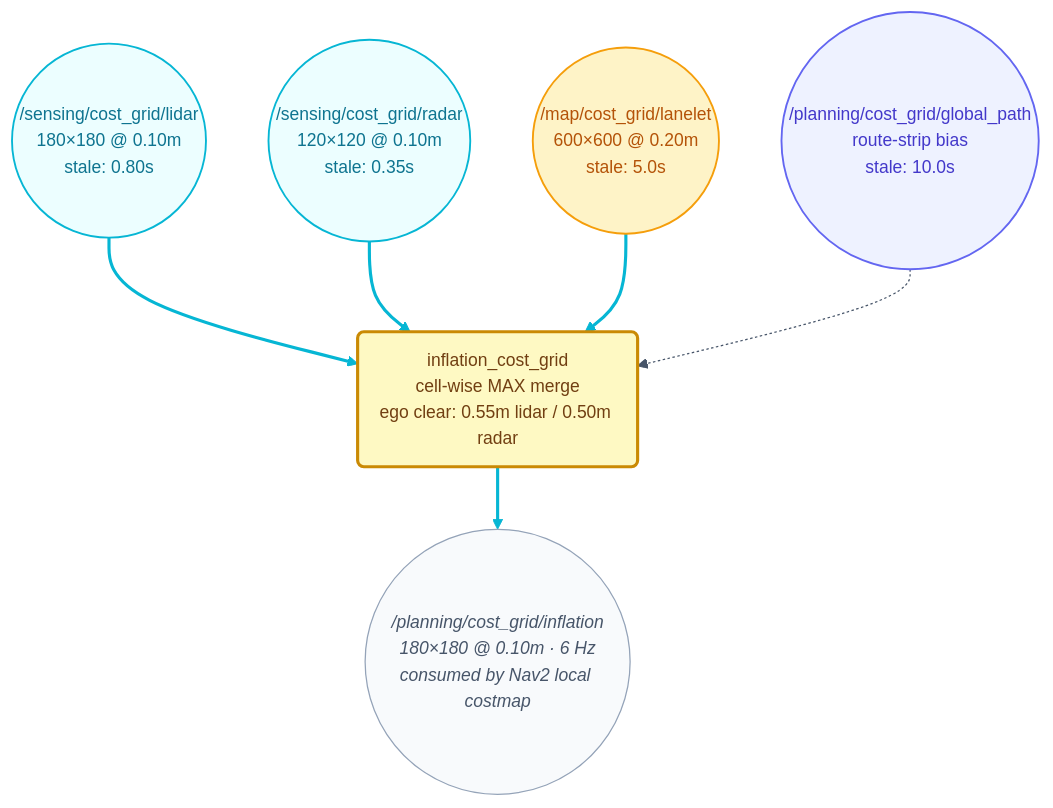
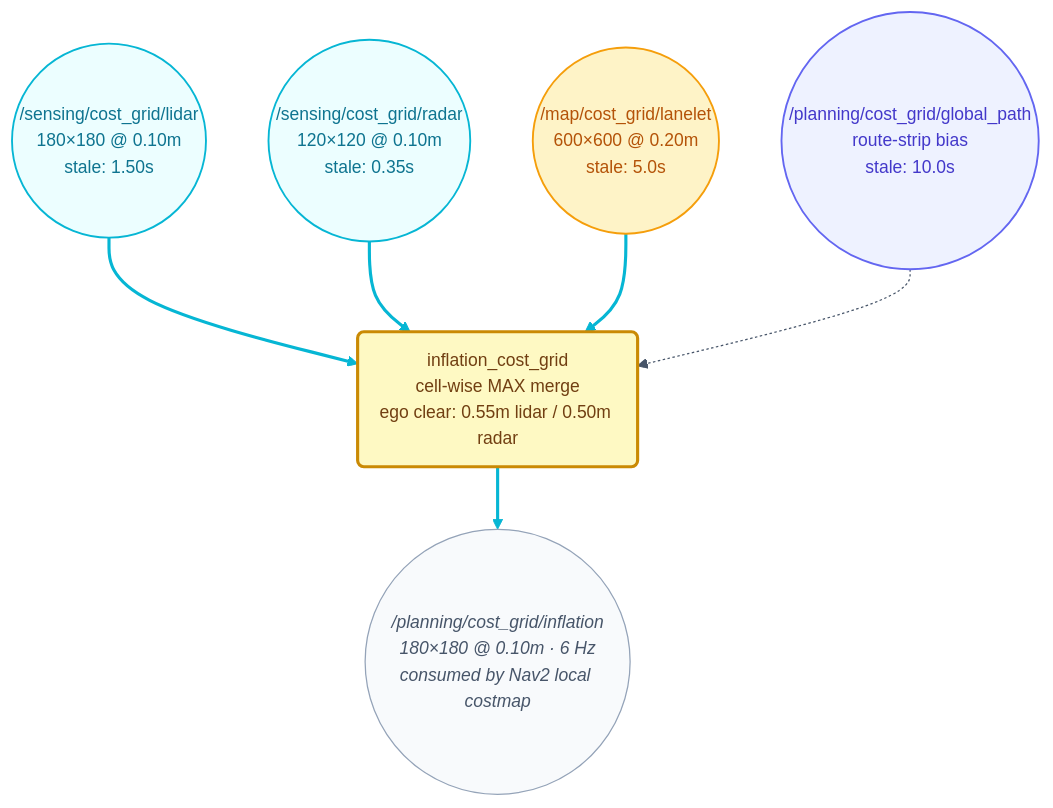
The third of 3 diagrams in camrod_sensing/README.md (hwanhonglee/CAMROD), drawn with Mermaid before and after one commit. The commit also changed other lines of this file and 8 other files, not shown here.

Commit message:
sensing: restore lidar geometry and cost fallback

````diff
--- a/camrod_sensing/README.md
+++ b/camrod_sensing/README.md
@@ -208,34 +208,34 @@
 ```mermaid
 %%{init: {'theme': 'base', 'themeVariables': {'fontFamily': 'ui-sans-serif, system-ui, sans-serif', 'fontSize': '14px', 'primaryColor': '#EEF2FF', 'primaryTextColor': '#0F172A', 'primaryBorderColor': '#6366F1', 'lineColor': '#475569'}, 'flowchart': {'curve': 'basis', 'htmlLabels': true, 'padding': 12}}}%%
 graph TD
   classDef sensing      fill:#ECFEFF,stroke:#06B6D4,stroke-width:1.5px,color:#0E7490;
   classDef localization fill:#ECFDF5,stroke:#10B981,stroke-width:1.5px,color:#047857;
   classDef mapping      fill:#FEF3C7,stroke:#F59E0B,stroke-width:1.5px,color:#B45309;
   classDef perception   fill:#FCE7F3,stroke:#EC4899,stroke-width:1.5px,color:#9D174D;
   classDef planning     fill:#EEF2FF,stroke:#6366F1,stroke-width:1.5px,color:#4338CA;
   classDef platform     fill:#FEE2E2,stroke:#EF4444,stroke-width:1.5px,color:#B91C1C;
   classDef docking      fill:#F5F3FF,stroke:#8B5CF6,stroke-width:1.5px,color:#6D28D9;
   classDef system       fill:#F1F5F9,stroke:#64748B,stroke-width:1.5px,color:#334155;
   classDef ui           fill:#FFF7ED,stroke:#F97316,stroke-width:1.5px,color:#C2410C;
   classDef topic        fill:#F8FAFC,stroke:#94A3B8,stroke-width:1px,color:#475569,font-style:italic;
   classDef config       fill:#FFFBEB,stroke:#D97706,stroke-width:1.5px,color:#92400E;
   classDef hardware     fill:#FAFAFA,stroke:#6B7280,stroke-width:1.5px,color:#374151;
   classDef highlight    fill:#FEF9C3,stroke:#CA8A04,stroke-width:2.5px,color:#713F12;
 
-  L1((/sensing/cost_grid/lidar\n180×180 @ 0.10m\nstale: 0.80s)):::sensing
+  L1((/sensing/cost_grid/lidar\n180×180 @ 0.10m\nstale: 1.50s)):::sensing
   L2((/sensing/cost_grid/radar\n120×120 @ 0.10m\nstale: 0.35s)):::sensing
   L3((/map/cost_grid/lanelet\n600×600 @ 0.20m\nstale: 5.0s)):::mapping
   L4((/planning/cost_grid/global_path\nroute-strip bias\nstale: 10.0s)):::planning
 
   FUSE(inflation_cost_grid\ncell-wise MAX merge\nego clear: 0.55m lidar / 0.50m radar):::highlight
 
   OUT((/planning/cost_grid/inflation\n180×180 @ 0.10m · 6 Hz\nconsumed by Nav2 local costmap)):::topic
 
   L1 ==> FUSE
   L2 ==> FUSE
   L3 ==> FUSE
   L4 -.-> FUSE
   FUSE ==> OUT
 
   linkStyle 0,1,2,4 stroke:#06B6D4,stroke-width:2.5px;
 ```
````
